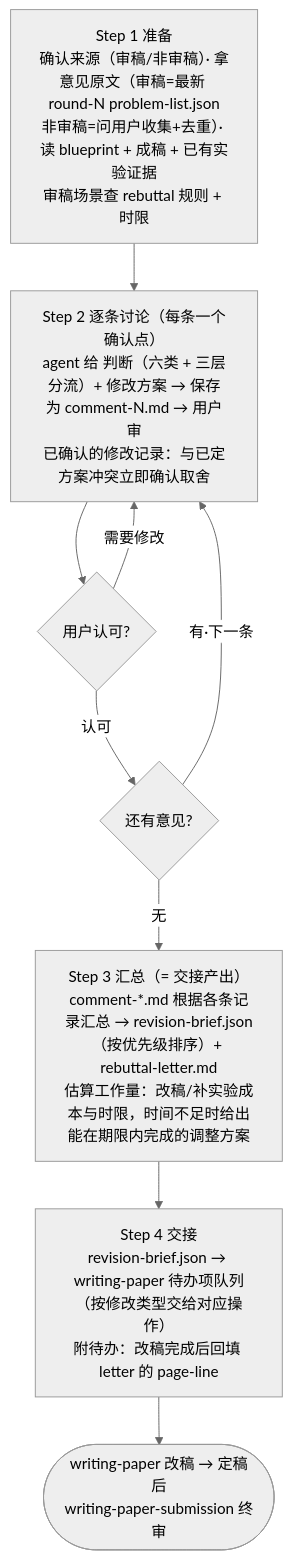
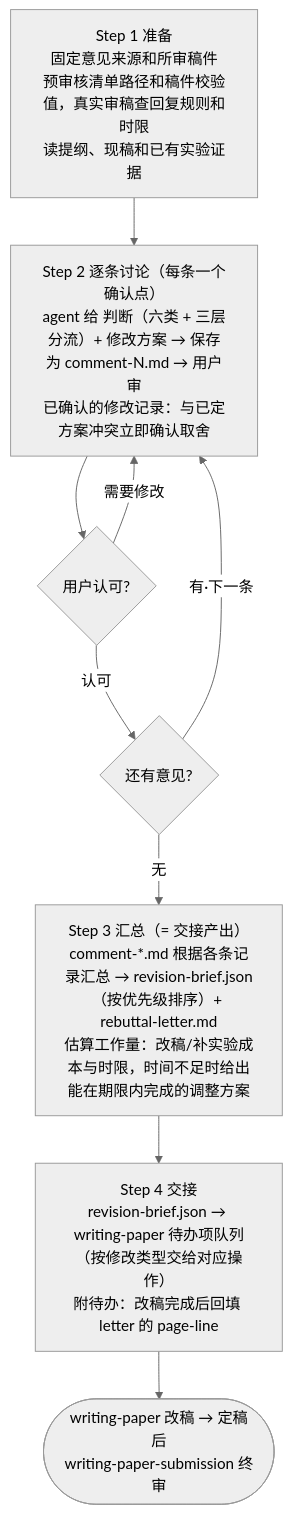
The second of 2 diagrams in plugins/dl-assistant/skills/writing-paper-response/SKILL.md (jackwang0108/dl-assistant), drawn with Mermaid (neutral theme) before and after one commit. The commit also changed other lines of this file and 32 other files, not shown here.

````diff
--- a/plugins/dl-assistant/skills/writing-paper-response/SKILL.md
+++ b/plugins/dl-assistant/skills/writing-paper-response/SKILL.md
@@ -89,13 +89,13 @@
 ```mermaid
 flowchart TD
-    S1["Step 1 准备<br/>确认来源（审稿/非审稿）· 拿意见原文（审稿=最新 round-N problem-list.json<br/>非审稿=问用户收集+去重）· 读 blueprint + 成稿 + 已有实验证据<br/>审稿场景查 rebuttal 规则 + 时限"]
+    S1["Step 1 准备<br/>固定意见来源和所审稿件<br/>预审核清单路径和稿件校验值，真实审稿查回复规则和时限<br/>读提纲、现稿和已有实验证据"]
     S1 --> S2
     S2["Step 2 逐条讨论（每条一个确认点）<br/>agent 给 判断（六类 + 三层分流）+ 修改方案 → 保存为 comment-N.md → 用户审<br/>已确认的修改记录：与已定方案冲突立即确认取舍"]
     S2 --> G1{"用户认可?"}
     G1 -->|需要修改| S2
     G1 -->|认可| G2{"还有意见?"}
     G2 -->|有·下一条| S2
     G2 -->|无| S3["Step 3 汇总（= 交接产出）<br/>comment-*.md 根据各条记录汇总 → revision-brief.json（按优先级排序）+ rebuttal-letter.md<br/>估算工作量：改稿/补实验成本与时限，时间不足时给出能在期限内完成的调整方案"]
     S3 --> S4["Step 4 交接<br/>revision-brief.json → writing-paper 待办项队列（按修改类型交给对应操作）<br/>附待办：改稿完成后回填 letter 的 page-line"]
     S4 --> END(["writing-paper 改稿 → 定稿后<br/>writing-paper-submission 终审"])
 ```
````
